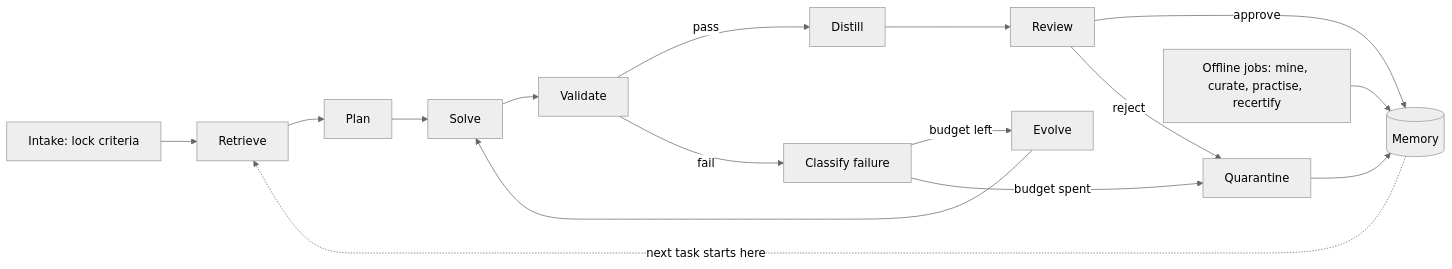
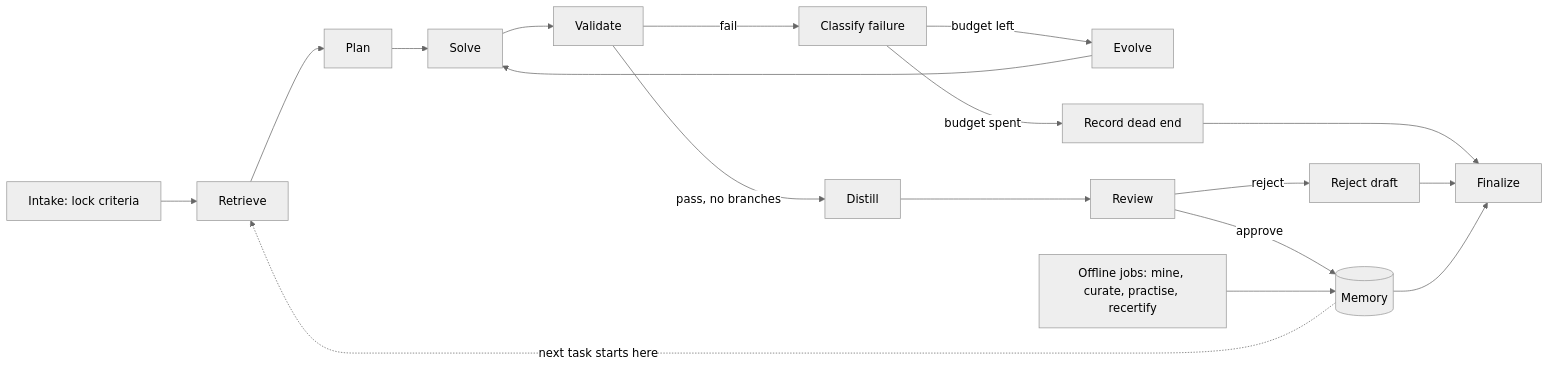
One commit to quantrobs/recertia changed the diagram in README.md. Above: the diagram before and after it, drawn with Mermaid (neutral theme). The commit also changed other lines of this file, not shown here.

Commit message:
Update README diagram and docs table for conditional join and contracts/

````diff
--- a/README.md
+++ b/README.md
@@ -38,17 +44,19 @@
 ```mermaid
 flowchart LR
     I[Intake: lock criteria] --> R[Retrieve]
     R --> P[Plan]
     P --> S[Solve]
     S --> V[Validate]
-    V -->|pass| D[Distill]
+    V -->|pass, no branches| D[Distill]
     V -->|fail| C[Classify failure]
     C -->|budget left| E[Evolve] --> S
-    C -->|budget spent| Q[Quarantine]
+    C -->|budget spent| X[Record dead end]
     D --> RV[Review]
     RV -->|approve| M[(Memory)]
-    RV -->|reject| Q
-    Q --> M
+    RV -->|reject| Z[Reject draft]
+    X --> F[Finalize]
+    Z --> F
+    M --> F
     M -.->|next task starts here| R
     J[Offline jobs: mine, curate, practise, recertify] --> M
 ```
````
